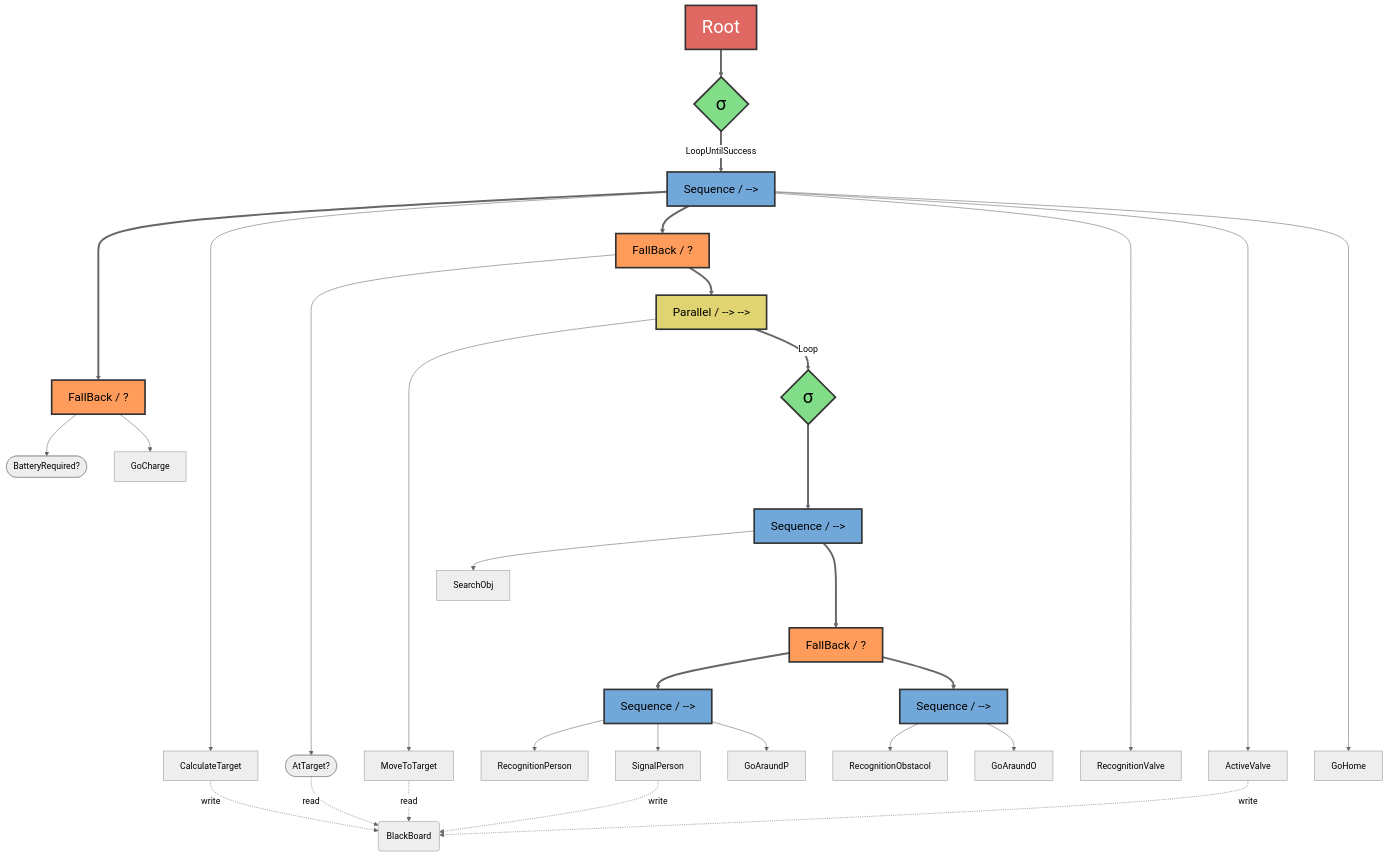
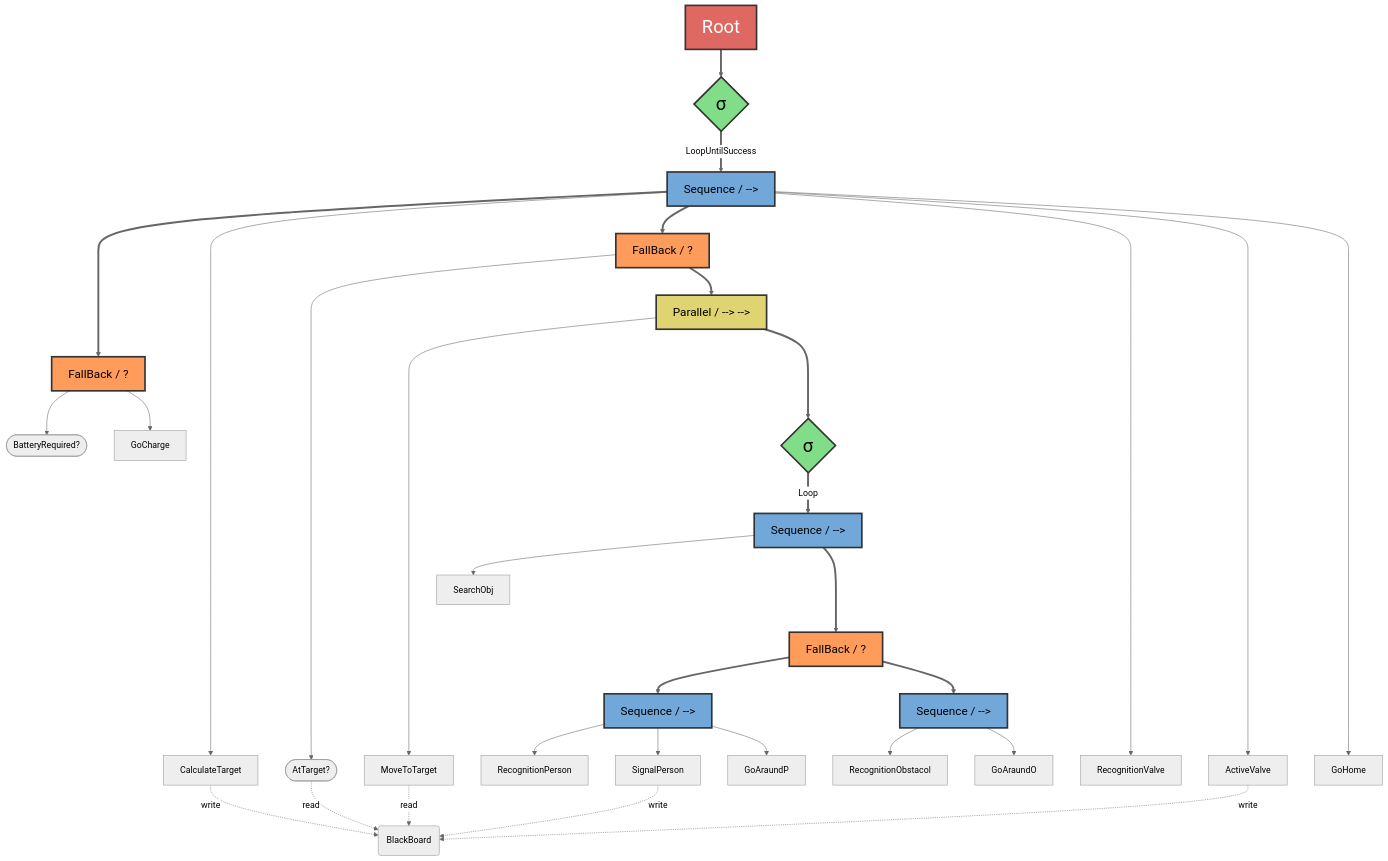
Before and after one commit to Samu-Cast/Robotica_25: the diagram in documentation/BTree/bTree.md, drawn with Mermaid (neutral theme). The commit also changed 70 other files, not shown here.

````diff
--- a/documentation/BTree/bTree.md
+++ b/documentation/BTree/bTree.md
@@ -1,61 +1,61 @@
 ```mermaid
 
 
 flowchart TD
     Root[Root] ==> Decorator0{σ}
     Decorator0 ==LoopUntilSuccess==> Sequence0
     Sequence0[Sequence / -->] ====> FallBack0[FallBack / ?]
     FallBack0 --> ConditionBatt([BatteryRequired?])
     FallBack0 --> ActionBatt[GoCharge]
 
     Sequence0 --> CalcolaTarget[CalculateTarget]
     CalcolaTarget -.write.-> BlackBoard(BlackBoard)
     Sequence0 ==> FallBack1[FallBack / ?]
     FallBack1 --> InPosizione([AtTarget?])
     InPosizione -.read.-> BlackBoard
     FallBack1 ==> Parallel0[Parallel / --> -->]
     Parallel0 --> RaggiungiTarget[MoveToTarget]
     RaggiungiTarget -.read.-> BlackBoard
-    Parallel0 ==Loop==> Decorator1{σ}
-    Decorator1 ===> Sequence1[Sequence / -->]
+    Parallel0 ===> Decorator1{σ}
+    Decorator1 ==Loop==> Sequence1[Sequence / -->]
     Sequence1 --> SearchObj[SearchObj]
     Sequence1 ===> FallBack2[FallBack / ?]
     FallBack2 ==>Sequence2[Sequence / -->]
     FallBack2 ==>Sequence3[Sequence / -->]
     Sequence2 --> RecognitionAction[RecognitionPerson]
     Sequence2 --> SignalAction[SignalPerson]
     SignalAction -.write.-> BlackBoard
     Sequence2 --> GoAraund[GoAraundP]
     Sequence3 --> RecognitionAction2[RecognitionObstacol]
     Sequence3 --> GoAraund2[GoAraundO]
 
      
     Sequence0 ----------> RecognitionAction3[RecognitionValve]
     Sequence0 ------> ActiveValve[ActiveValve]
     Sequence0 ----------> GoHome[GoHome]
     ActiveValve -.write.-> BlackBoard
     
     
     
     
 
 
 style Root fill:#DF6962,stroke:#333,stroke-width:3px, font-size:25pt, color:#fff;
 
 
 
 style Decorator0  fill:#81DD87,stroke:#333,stroke-width:3px, font-size:25pt;
 style Decorator1  fill:#81DD87,stroke:#333,stroke-width:3px, font-size:25pt;
 style Parallel0  fill:#DFD471,stroke:#333,stroke-width:3px, font-size:16pt;
 style Sequence0  fill:#71A8D9,stroke:#333,stroke-width:3px, font-size:16pt;
 style Sequence1  fill:#71A8D9,stroke:#333,stroke-width:3px, font-size:16pt;
 style Sequence2  fill:#71A8D9,stroke:#333,stroke-width:3px, font-size:16pt;
 style Sequence3  fill:#71A8D9,stroke:#333,stroke-width:3px, font-size:16pt;
 
 style FallBack0 fill:#FF9C5B,stroke:#333,stroke-width:3px, font-size:16pt;
 style FallBack1 fill:#FF9C5B,stroke:#333,stroke-width:3px, font-size:16pt;
 style FallBack2 fill:#FF9C5B,stroke:#333,stroke-width:3px, font-size:16pt;
 
 
 
 ```
````
